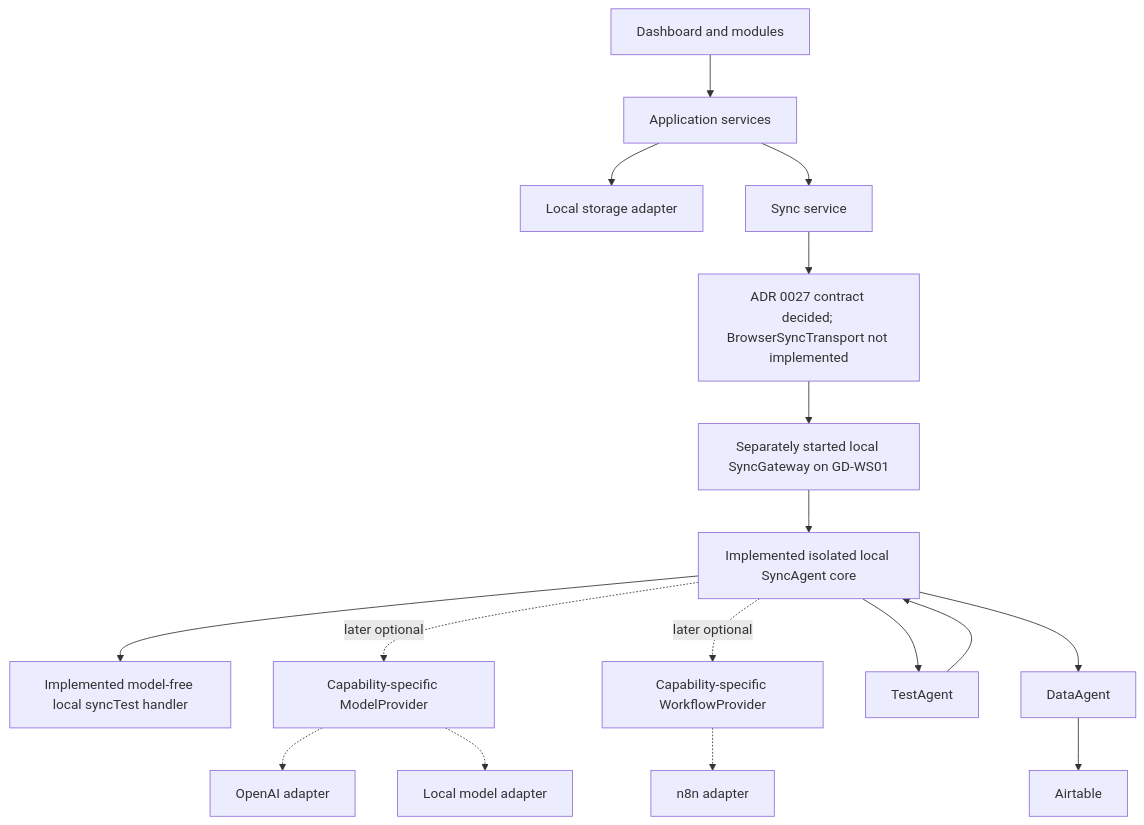
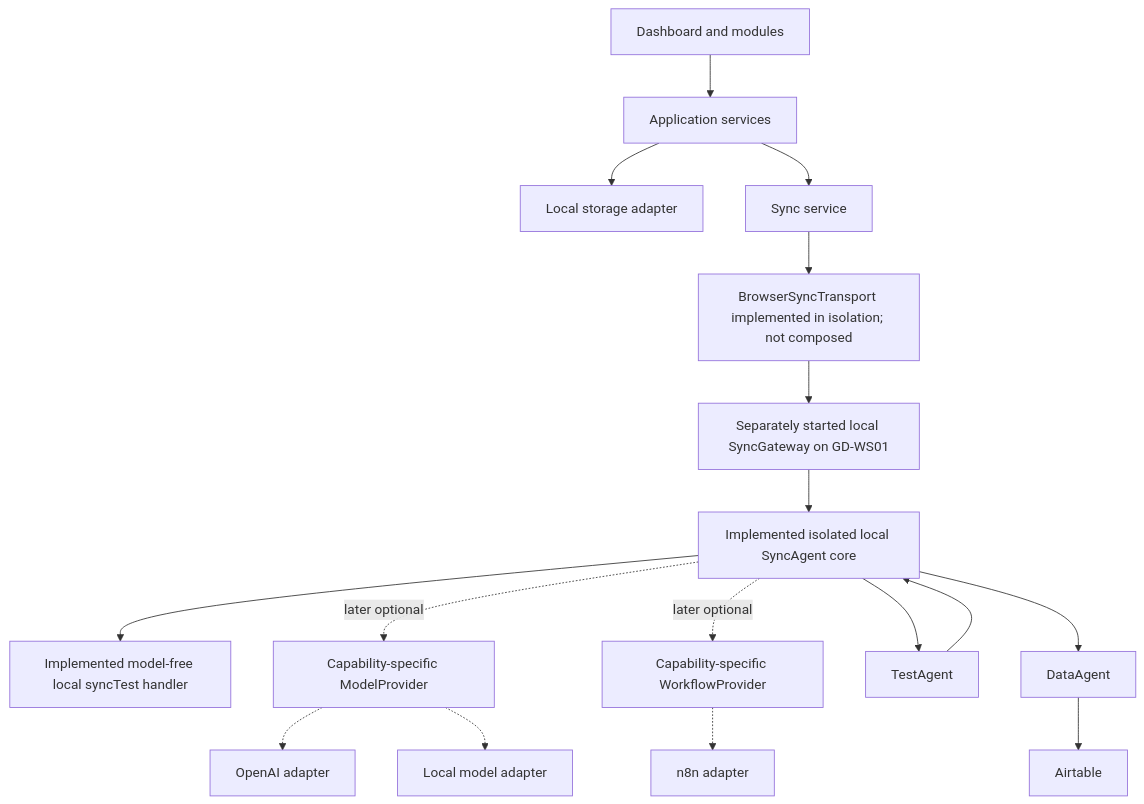
The diagram in README.md (Varudan/goldendawn-os), drawn with Mermaid before and after one commit. The commit also changed other lines of this file and 11 other files, not shown here.

Commit message:
feat: browser-sync-transport-foundation (#59)

````diff
--- a/README.md
+++ b/README.md
@@ -536,19 +559,19 @@
 ```mermaid
 flowchart TD
     UI["Dashboard and modules"] --> Services["Application services"]
     Services --> Local["Local storage adapter"]
     Services --> Sync["Sync service"]
-    Sync --> Transport["ADR 0027 contract decided; BrowserSyncTransport not implemented"]
+    Sync --> Transport["BrowserSyncTransport implemented in isolation; not composed"]
     Transport --> Gateway["Separately started local SyncGateway on GD-WS01"]
     Gateway --> Agent["Implemented isolated local SyncAgent core"]
     Agent --> Handler["Implemented model-free local syncTest handler"]
     Agent -.->|later optional| Model["Capability-specific ModelProvider"]
     Model -.-> OpenAI["OpenAI adapter"]
     Model -.-> LocalModel["Local model adapter"]
     Agent -.->|later optional| Workflow["Capability-specific WorkflowProvider"]
     Workflow -.-> N8n["n8n adapter"]
     Agent --> Test["TestAgent"]
     Agent --> Data["DataAgent"]
     Test --> Agent
     Data --> Airtable["Airtable"]
 ```
````
